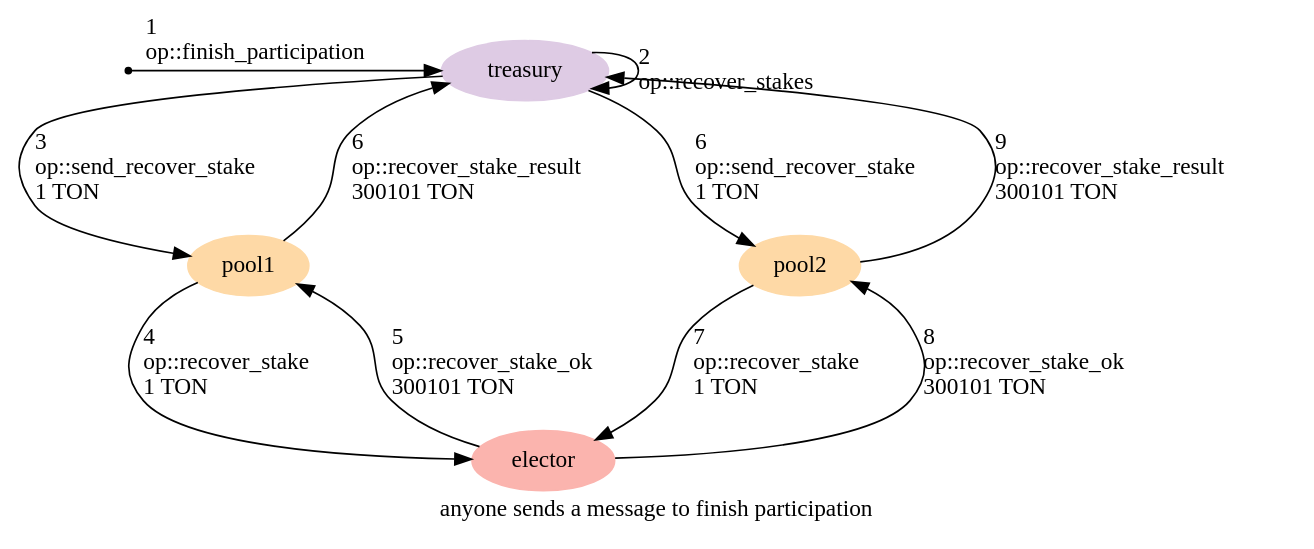
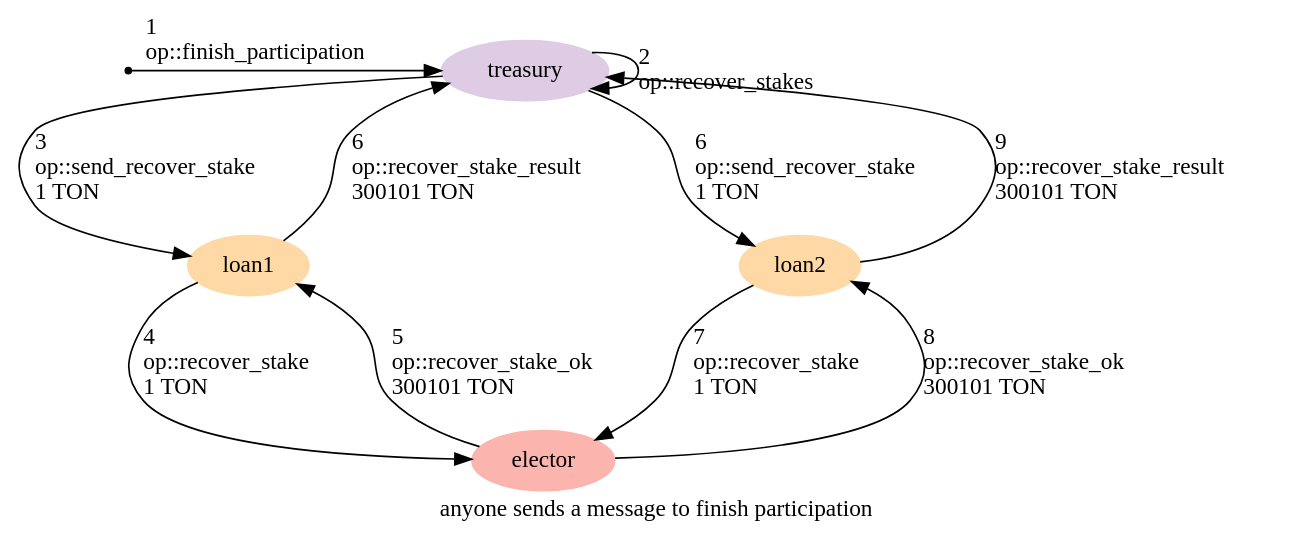
Before and after one commit to HipoFinance/contract: the diagram in graphs/09-finish-participation.dot, drawn with Graphviz. The commit also changed 10 other files, not shown here.

Commit message:
Rename pool to loan

```diff
--- a/graphs/09-finish-participation.dot
+++ b/graphs/09-finish-participation.dot
@@ -1,26 +1,26 @@
 digraph {
     label="anyone sends a message to finish participation"
     node [ colorscheme=pastel19 style=filled ]
 
     /* Entities */
     external [ shape=point ]
     treasury [ color=4 ]
-    pool1, pool2 [ color=5 ]
+    loan1, loan2 [ color=5 ]
     elector [ color=1 ]
 
     /* Relationships */
     external -> treasury [ label="1\l op::finish_participation\l" ]
     treasury -> treasury [ label="2\l op::recover_stakes\l" ]
-    treasury -> pool1 [ label="3\l op::send_recover_stake\l 1 TON\l" ]
-    pool1 -> elector [ label="4\l op::recover_stake\l 1 TON\l" ]
-    elector -> pool1 [ label="5\l op::recover_stake_ok\l 300101 TON\l" ]
-    pool1 -> treasury [ label="6\l op::recover_stake_result\l 300101 TON\l" ]
-    treasury -> pool2 [ label="6\l op::send_recover_stake\l 1 TON\l" ]
-    pool2 -> elector [ label="7\l op::recover_stake\l 1 TON\l" ]
-    elector -> pool2 [ label="8\l op::recover_stake_ok\l 300101 TON\l" ]
-    pool2 -> treasury [ label="9\l op::recover_stake_result\l 300101 TON\l"]
+    treasury -> loan1 [ label="3\l op::send_recover_stake\l 1 TON\l" ]
+    loan1 -> elector [ label="4\l op::recover_stake\l 1 TON\l" ]
+    elector -> loan1 [ label="5\l op::recover_stake_ok\l 300101 TON\l" ]
+    loan1 -> treasury [ label="6\l op::recover_stake_result\l 300101 TON\l" ]
+    treasury -> loan2 [ label="6\l op::send_recover_stake\l 1 TON\l" ]
+    loan2 -> elector [ label="7\l op::recover_stake\l 1 TON\l" ]
+    elector -> loan2 [ label="8\l op::recover_stake_ok\l 300101 TON\l" ]
+    loan2 -> treasury [ label="9\l op::recover_stake_result\l 300101 TON\l"]
 
     /* Ranks */
     { rank=min external treasury }
     { rank=max elector }
 }
```
